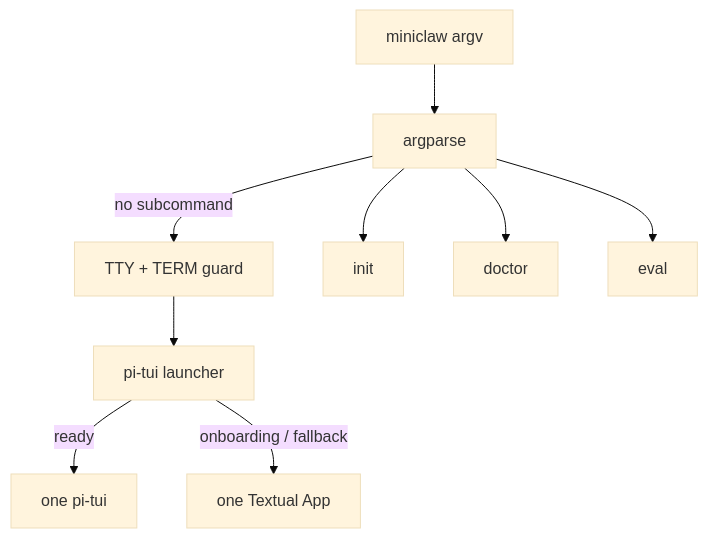
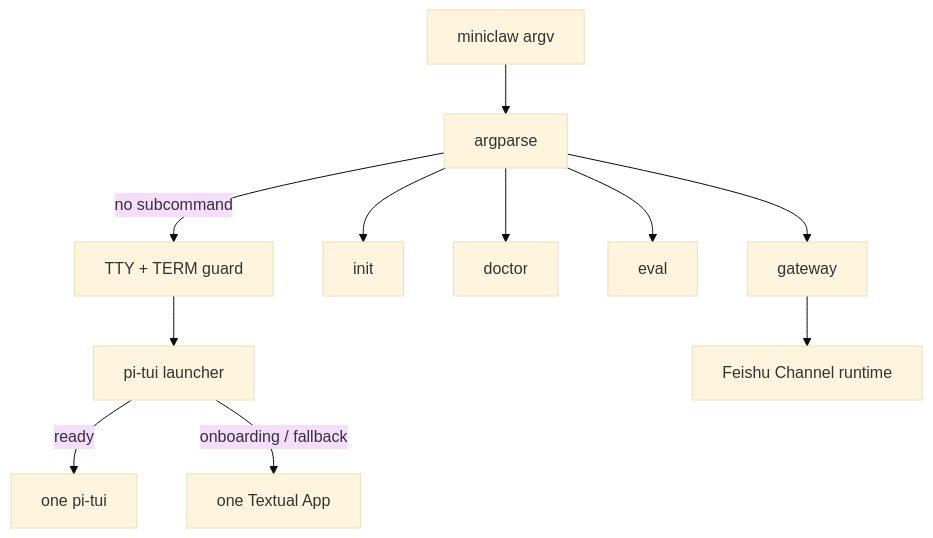
One commit to NEDONION/lobster0 changed the second of 10 diagrams in docs/architecture/20260807_系统架构.md. Above: the diagram before and after it, drawn with Mermaid (base theme). The commit also changed other lines of this file and 17 other files, not shown here.

Commit message:
docs: record feishu gateway integration

````diff
--- a/docs/architecture/20260807_系统架构.md
+++ b/docs/architecture/20260807_系统架构.md
@@ -55,11 +55,13 @@
 ```mermaid
 flowchart TD
     CMD["miniclaw argv"] --> PARSER["argparse"]
     PARSER -->|"no subcommand"| GUARD["TTY + TERM guard"]
     GUARD --> SELECT["pi-tui launcher"]
     SELECT -->|"ready"| TUI["one pi-tui"]
     SELECT -->|"onboarding / fallback"| TEXTUAL["one Textual App"]
     PARSER --> INIT["init"]
     PARSER --> DOCTOR["doctor"]
     PARSER --> EVAL["eval"]
+    PARSER --> GATEWAY["gateway"]
+    GATEWAY --> CHANNEL["Feishu Channel runtime"]
 ```
````
